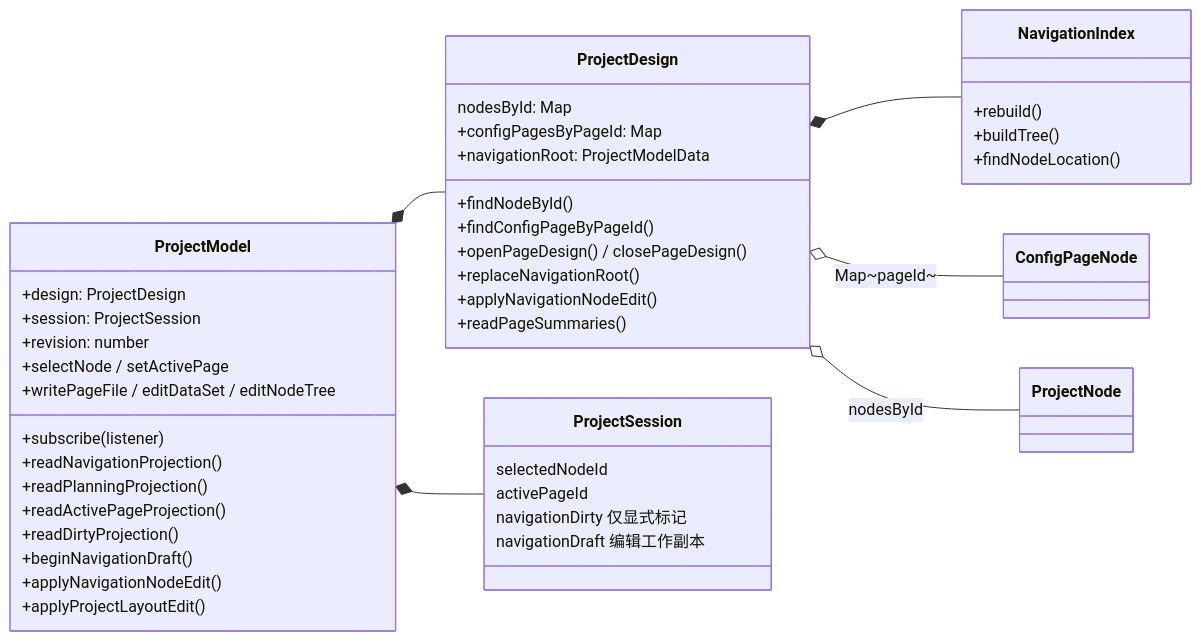
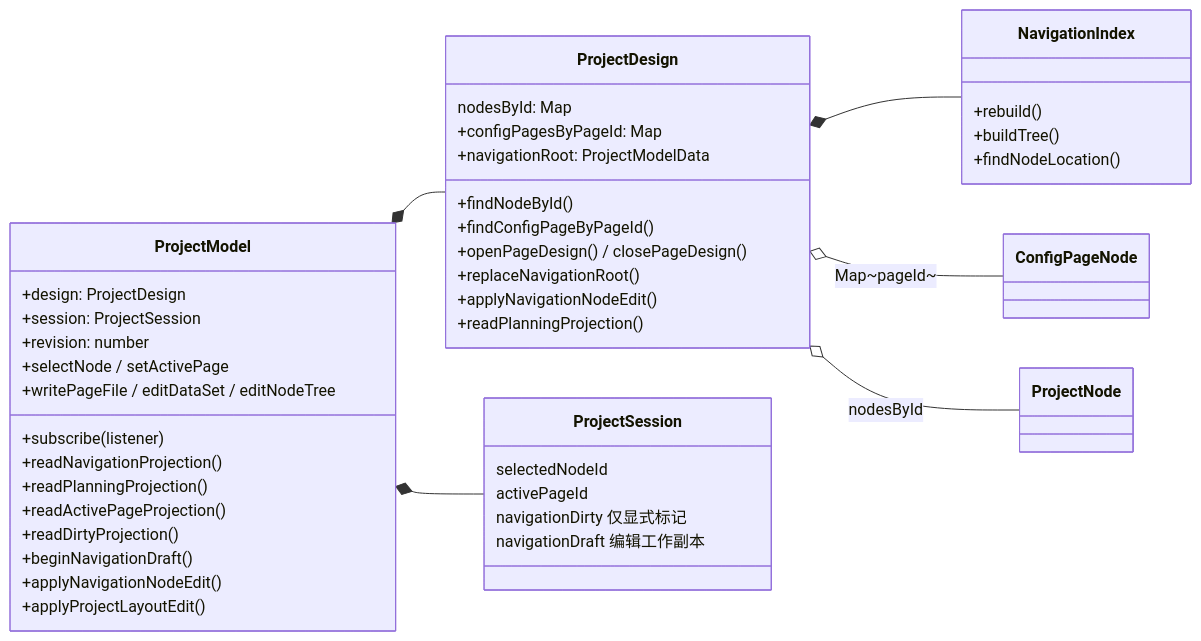
One commit to LMSpark/spark-view-vue changed the second of 5 diagrams in packages/spark-project-model/src/MODEL-HIERARCHY.md. Above: the diagram before and after it, drawn with Mermaid. The commit also changed other lines of this file and 21 other files, not shown here.

````diff
--- a/packages/spark-project-model/src/MODEL-HIERARCHY.md
+++ b/packages/spark-project-model/src/MODEL-HIERARCHY.md
@@ -173,51 +162,51 @@
 ```mermaid
 classDiagram
   direction LR
 
   class ProjectModel {
     +design: ProjectDesign
     +session: ProjectSession
     +revision: number
     +subscribe(listener)
     +readNavigationProjection()
     +readPlanningProjection()
     +readActivePageProjection()
     +readDirtyProjection()
     +selectNode / setActivePage
     +beginNavigationDraft()
     +applyNavigationNodeEdit()
     +applyProjectLayoutEdit()
     +writePageFile / editDataSet / editNodeTree
   }
 
   class ProjectDesign {
     nodesById: Map
     +configPagesByPageId: Map
     +navigationRoot: ProjectModelData
     +findNodeById()
     +findConfigPageByPageId()
     +openPageDesign() / closePageDesign()
     +replaceNavigationRoot()
     +applyNavigationNodeEdit()
-    +readPageSummaries()
+    +readPlanningProjection()
   }
 
   class NavigationIndex {
     +rebuild()
     +buildTree()
     +findNodeLocation()
   }
 
   class ProjectSession {
     selectedNodeId
     activePageId
     navigationDirty 仅显式标记
     navigationDraft  编辑工作副本
   }
 
   ProjectModel *-- ProjectDesign
   ProjectModel *-- ProjectSession
   ProjectDesign *-- NavigationIndex
   ProjectDesign o-- ConfigPageNode : Map~pageId~
   ProjectDesign o-- ProjectNode : nodesById
 ```
````
